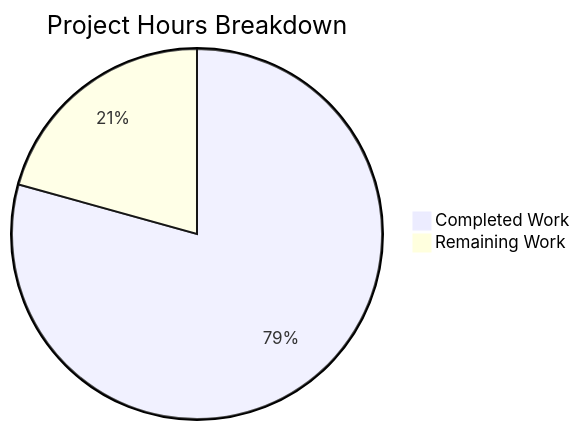
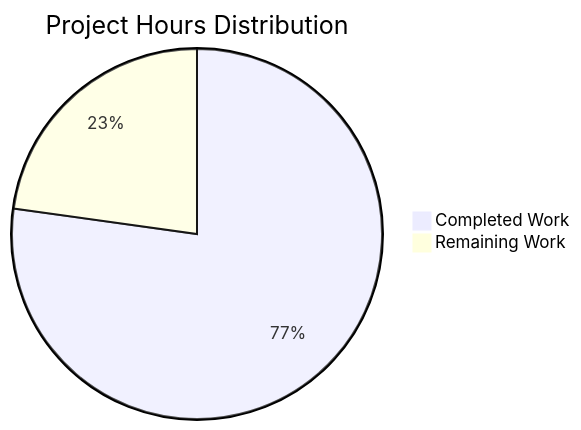
The diagram in blitzy/documentation/Project Guide.md (hardik-blitzy/react-weather-app), drawn with Mermaid before and after one commit. The commit also changed other lines of this file, not shown here.

Commit message:
Adding Blitzy Project Guide: Project Status and Human Tasks Remaining

````diff
--- a/blitzy/documentation/Project Guide.md
+++ b/blitzy/documentation/Project Guide.md
@@ -66,5 +27,5 @@
 ```mermaid
-pie title Project Hours Breakdown
-    "Completed Work" : 23
-    "Remaining Work" : 6
+pie title Project Hours Distribution
+    "Completed Work" : 22
+    "Remaining Work" : 6.5
 ```
````
